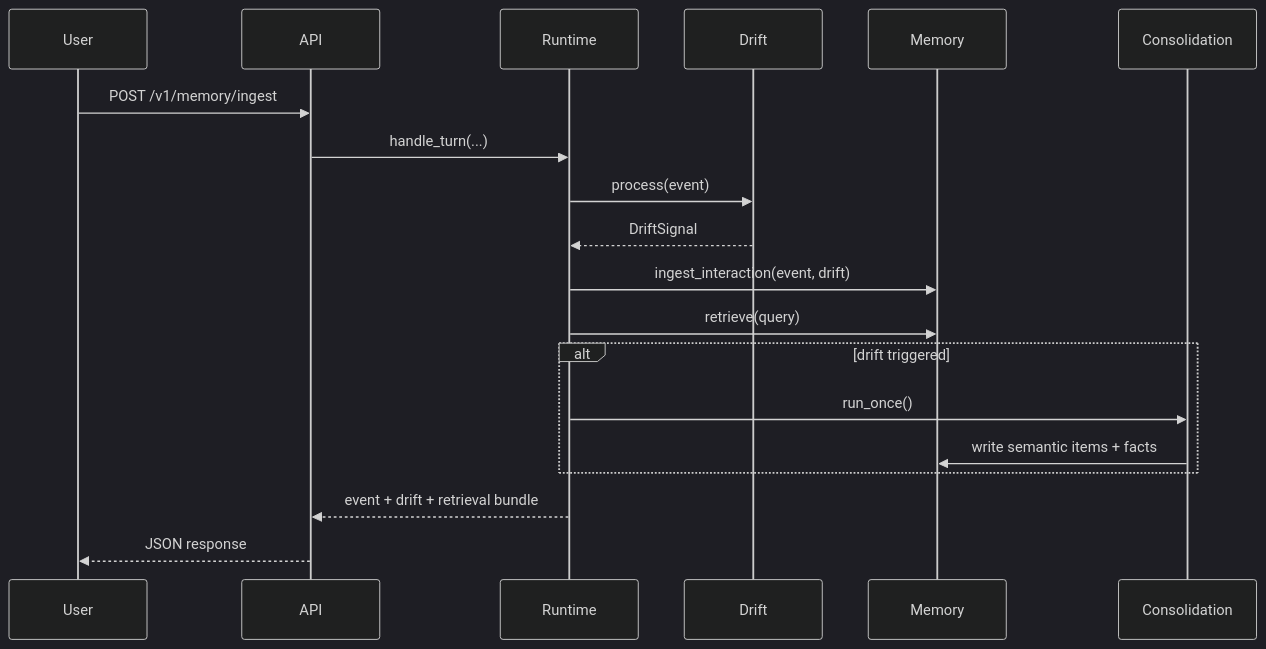
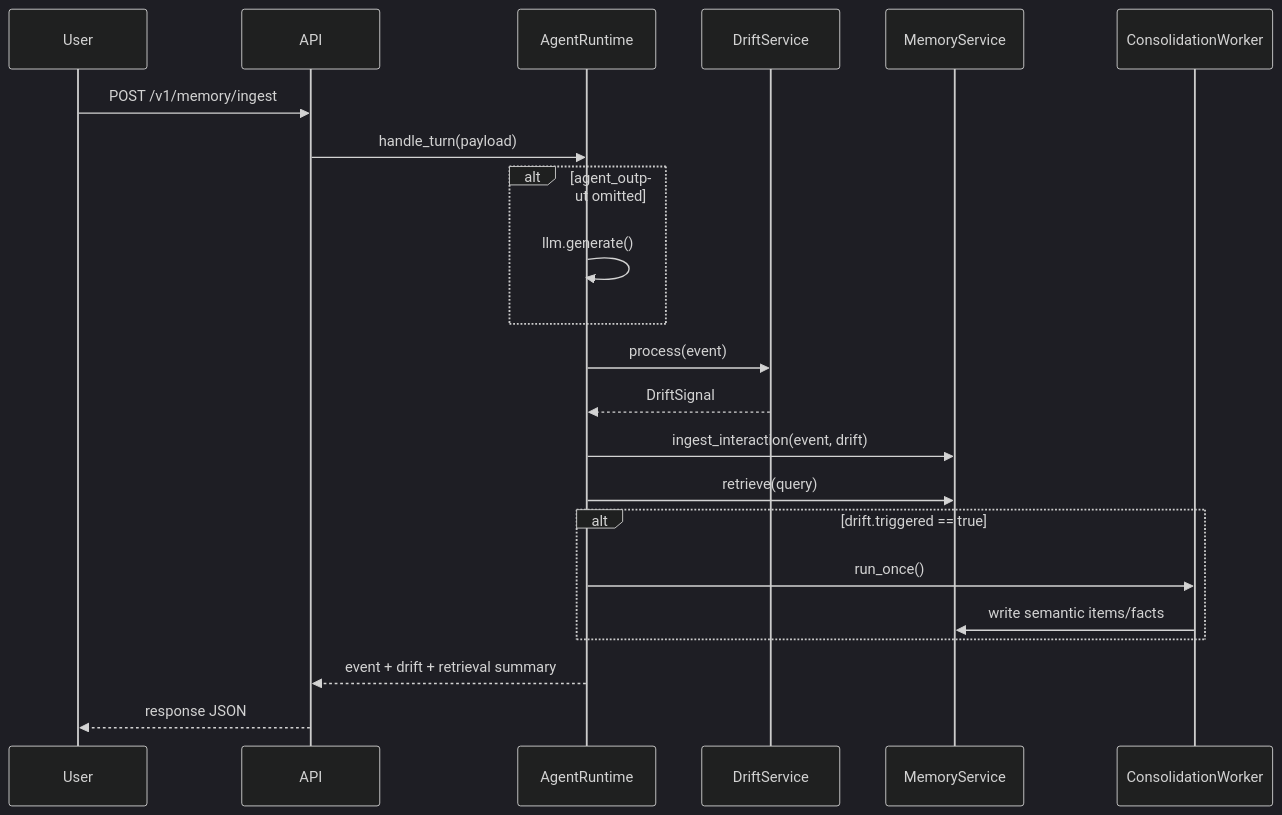
The second of 10 diagrams in ARCHITECTURE.md (1iamharshraj/Hi-Drift), drawn with Mermaid (dark theme) before and after one commit. The commit also changed other lines of this file and 3 other files, not shown here.

Commit message:
docs: updated readme, architecture and documentation & Added Readme

````diff
--- a/ARCHITECTURE.md
+++ b/ARCHITECTURE.md
@@ -24,21 +25,25 @@
 ```mermaid
 sequenceDiagram
-    participant User
-    participant API
-    participant Runtime
-    participant Drift
-    participant Memory
-    participant Consolidation
-    User->>API: POST /v1/memory/ingest
-    API->>Runtime: handle_turn(...)
-    Runtime->>Drift: process(event)
-    Drift-->>Runtime: DriftSignal
-    Runtime->>Memory: ingest_interaction(event, drift)
-    Runtime->>Memory: retrieve(query)
-    alt drift triggered
-      Runtime->>Consolidation: run_once()
-      Consolidation->>Memory: write semantic items + facts
+    participant U as User
+    participant A as API
+    participant R as AgentRuntime
+    participant D as DriftService
+    participant M as MemoryService
+    participant C as ConsolidationWorker
+
+    U->>A: POST /v1/memory/ingest
+    A->>R: handle_turn(payload)
+    alt agent_output omitted
+        R->>R: llm.generate()
     end
-    Runtime-->>API: event + drift + retrieval bundle
-    API-->>User: JSON response
+    R->>D: process(event)
+    D-->>R: DriftSignal
+    R->>M: ingest_interaction(event, drift)
+    R->>M: retrieve(query)
+    alt drift.triggered == true
+        R->>C: run_once()
+        C->>M: write semantic items/facts
+    end
+    R-->>A: event + drift + retrieval summary
+    A-->>U: response JSON
 ```
````
